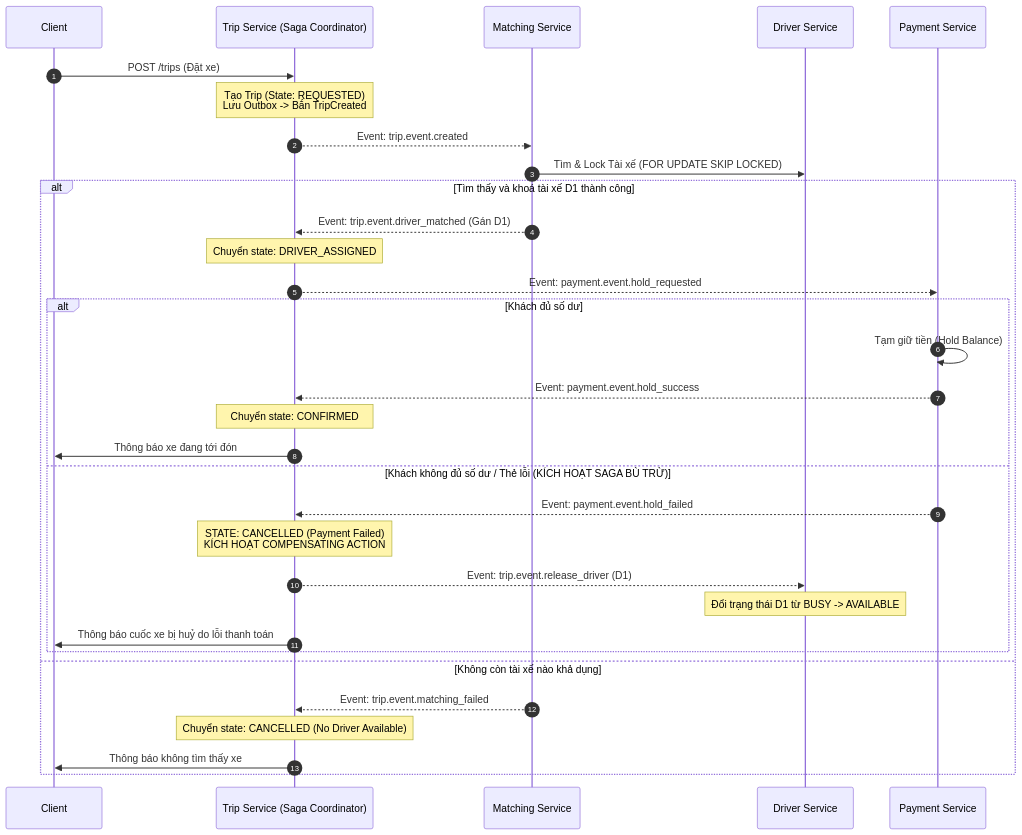
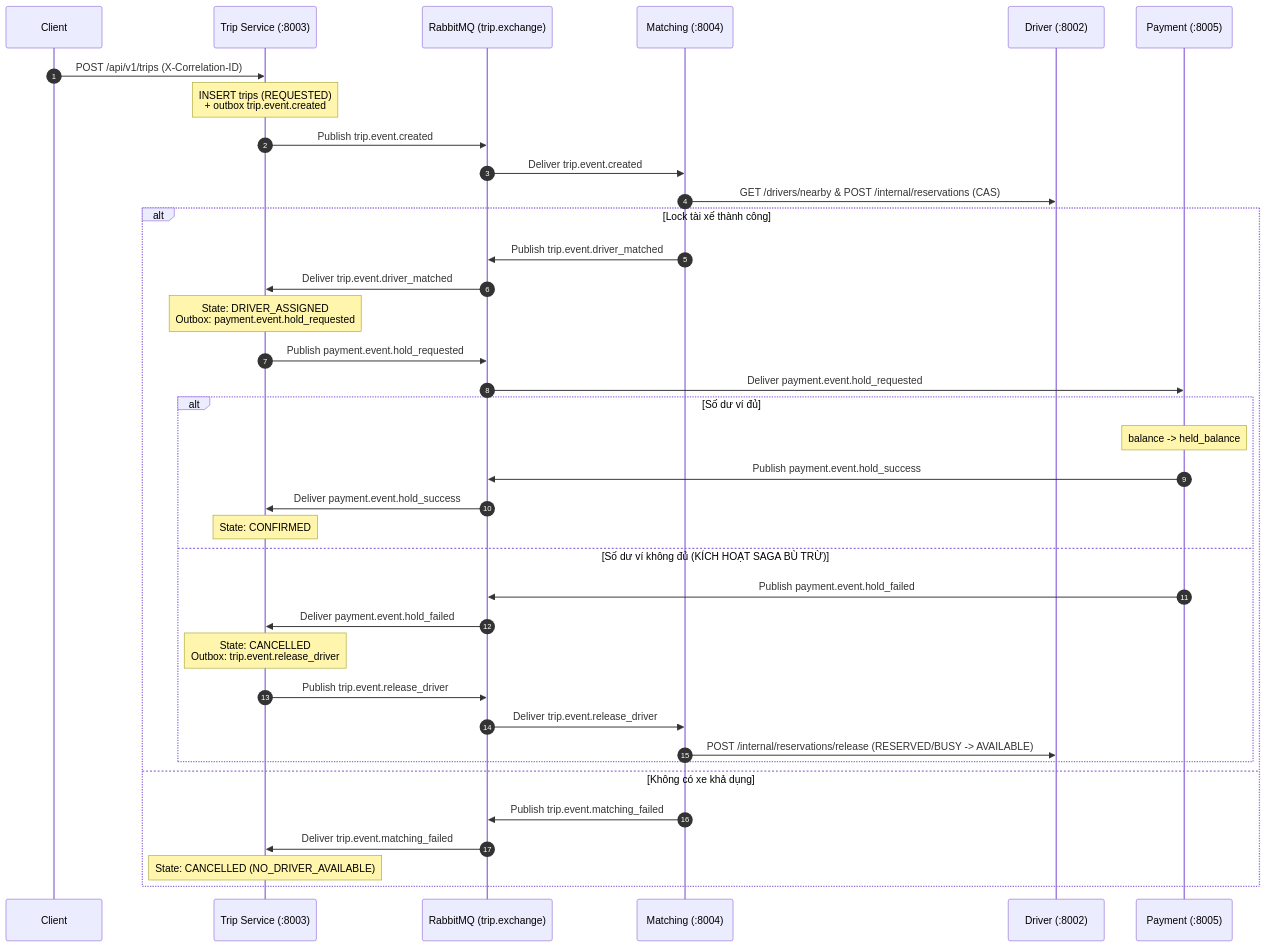
The diagram in docs/ARCHITECTURE.md (DarkBre/Ride-Hailing), drawn with Mermaid before and after one commit. The commit also changed other lines of this file and 9 other files, not shown here.

````diff
--- a/docs/ARCHITECTURE.md
+++ b/docs/ARCHITECTURE.md
@@ -173,37 +122,40 @@
 ```mermaid
 sequenceDiagram
     autonumber
     participant Client
-    participant TripService as Trip Service (Saga Coordinator)
-    participant MatchingService as Matching Service
-    participant DriverService as Driver Service
-    participant PaymentService as Payment Service
+    participant Trip as Trip Service (:8003)
+    participant Broker as RabbitMQ (trip.exchange)
+    participant Matching as Matching (:8004)
+    participant Driver as Driver (:8002)
+    participant Payment as Payment (:8005)
 
-    Client->>TripService: POST /trips (Đặt xe)
-    Note over TripService: Tạo Trip (State: REQUESTED)<br>Lưu Outbox -> Bắn TripCreated
-    TripService-->>MatchingService: Event: trip.event.created
-    
-    MatchingService->>DriverService: Tìm & Lock Tài xế (FOR UPDATE SKIP LOCKED)
-    alt Tìm thấy và khoá tài xế D1 thành công
-        MatchingService-->>TripService: Event: trip.event.driver_matched (Gán D1)
-        Note over TripService: Chuyển state: DRIVER_ASSIGNED
-        TripService-->>PaymentService: Event: payment.event.hold_requested
-        
-        alt Khách đủ số dư
-            PaymentService->>PaymentService: Tạm giữ tiền (Hold Balance)
-            PaymentService-->>TripService: Event: payment.event.hold_success
-            Note over TripService: Chuyển state: CONFIRMED
-            TripService->>Client: Thông báo xe đang tới đón
-        else Khách không đủ số dư / Thẻ lỗi (KÍCH HOẠT SAGA BÙ TRỪ)
-            PaymentService-->>TripService: Event: payment.event.hold_failed
-            Note over TripService: STATE: CANCELLED (Payment Failed)<br>KÍCH HOẠT COMPENSATING ACTION
-            TripService-->>DriverService: Event: trip.event.release_driver (D1)
-            Note over DriverService: Đổi trạng thái D1 từ BUSY -> AVAILABLE
-            TripService->>Client: Thông báo cuốc xe bị huỷ do lỗi thanh toán
+    Client->>Trip: POST /api/v1/trips (X-Correlation-ID)
+    Note over Trip: INSERT trips (REQUESTED)<br>+ outbox trip.event.created
+    Trip->>Broker: Publish trip.event.created
+    Broker->>Matching: Deliver trip.event.created
+    Matching->>Driver: GET /drivers/nearby & POST /internal/reservations (CAS)
+    alt Lock tài xế thành công
+        Matching->>Broker: Publish trip.event.driver_matched
+        Broker->>Trip: Deliver trip.event.driver_matched
+        Note over Trip: State: DRIVER_ASSIGNED<br>Outbox: payment.event.hold_requested
+        Trip->>Broker: Publish payment.event.hold_requested
+        Broker->>Payment: Deliver payment.event.hold_requested
+        alt Số dư ví đủ
+            Note over Payment: balance -> held_balance
+            Payment->>Broker: Publish payment.event.hold_success
+            Broker->>Trip: Deliver payment.event.hold_success
+            Note over Trip: State: CONFIRMED
+        else Số dư ví không đủ (KÍCH HOẠT SAGA BÙ TRỪ)
+            Payment->>Broker: Publish payment.event.hold_failed
+            Broker->>Trip: Deliver payment.event.hold_failed
+            Note over Trip: State: CANCELLED<br>Outbox: trip.event.release_driver
+            Trip->>Broker: Publish trip.event.release_driver
+            Broker->>Matching: Deliver trip.event.release_driver
+            Matching->>Driver: POST /internal/reservations/release (RESERVED/BUSY -> AVAILABLE)
         end
-    else Không còn tài xế nào khả dụng
-        MatchingService-->>TripService: Event: trip.event.matching_failed
-        Note over TripService: Chuyển state: CANCELLED (No Driver Available)
-        TripService->>Client: Thông báo không tìm thấy xe
+    else Không có xe khả dụng
+        Matching->>Broker: Publish trip.event.matching_failed
+        Broker->>Trip: Deliver trip.event.matching_failed
+        Note over Trip: State: CANCELLED (NO_DRIVER_AVAILABLE)
     end
 ```
````
